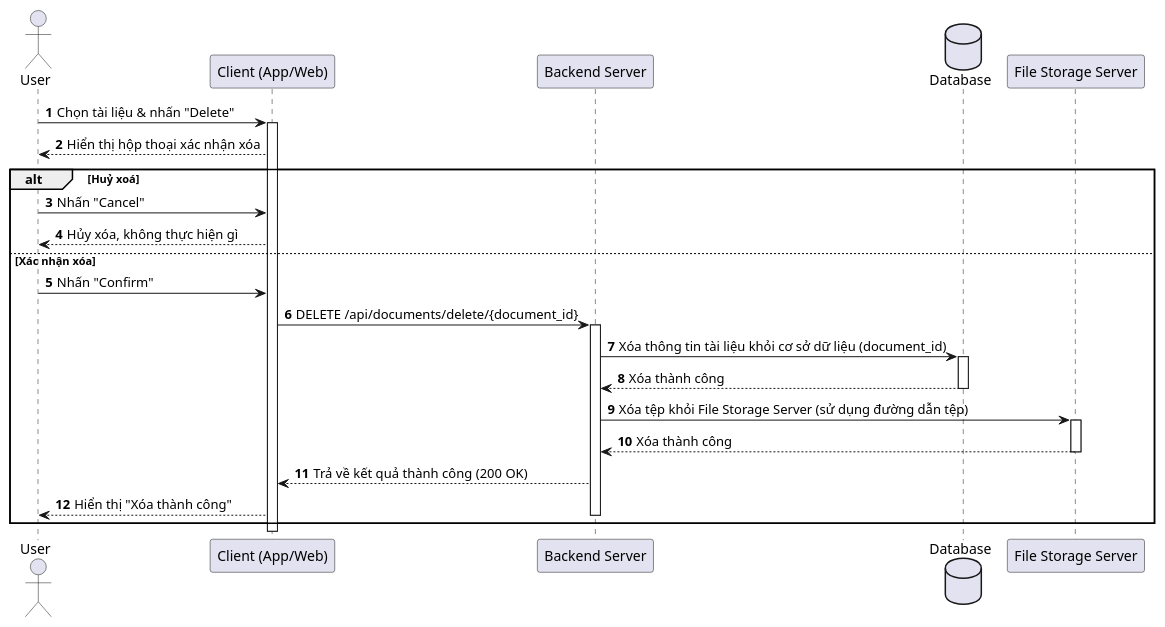
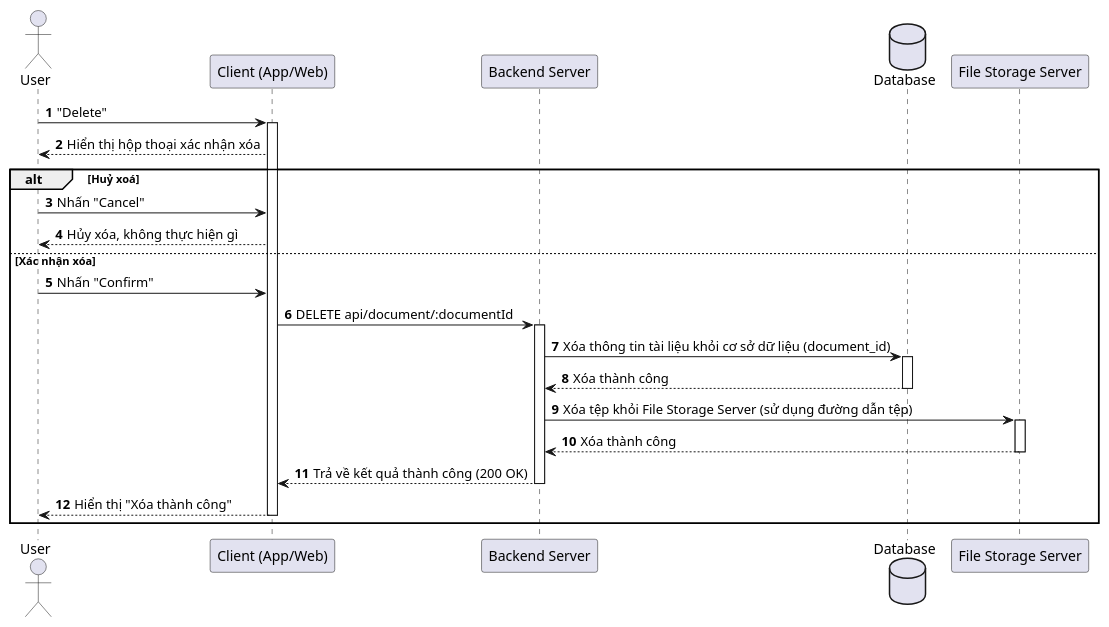
Before and after one commit to huycitEIU/eiu-archive-dev: the diagram in docs/diagrams/sequence/documents/delete-document-seq.wsd, drawn with PlantUML. The commit also changed 7 other files, not shown here.

Commit message:
feat: update sequence diagrams for document operations and user authentication

```diff
--- a/docs/diagrams/sequence/documents/delete-document-seq.wsd
+++ b/docs/diagrams/sequence/documents/delete-document-seq.wsd
@@ -1,32 +1,33 @@
 @startuml DeleteDocumentSequence
     autonumber
     actor "User" as user
     participant "Client (App/Web)" as client
     participant "Backend Server" as server
     database "Database" as db
     participant "File Storage Server" as fileStorage
 
     ' User xóa tài liệu
-    user -> client: Chọn tài liệu & nhấn "Delete"
+    user -> client: "Delete"
     activate client
     client --> user: Hiển thị hộp thoại xác nhận xóa
     alt Huỷ xoá
         user -> client: Nhấn "Cancel"
         client --> user: Hủy xóa, không thực hiện gì
     else Xác nhận xóa
         user -> client: Nhấn "Confirm"
-        client -> server: DELETE /api/documents/delete/{document_id}
+        client -> server: DELETE api/document/:documentId
         activate server
         server -> db: Xóa thông tin tài liệu khỏi cơ sở dữ liệu (document_id)
         activate db
         db --> server: Xóa thành công
         deactivate db
         server -> fileStorage: Xóa tệp khỏi File Storage Server (sử dụng đường dẫn tệp)
         activate fileStorage
         fileStorage --> server: Xóa thành công
         deactivate fileStorage
         server --> client: Trả về kết quả thành công (200 OK)
+        deactivate server
         client --> user: Hiển thị "Xóa thành công"
-        deactivate server
+        deactivate client
     end
 @enduml
```
